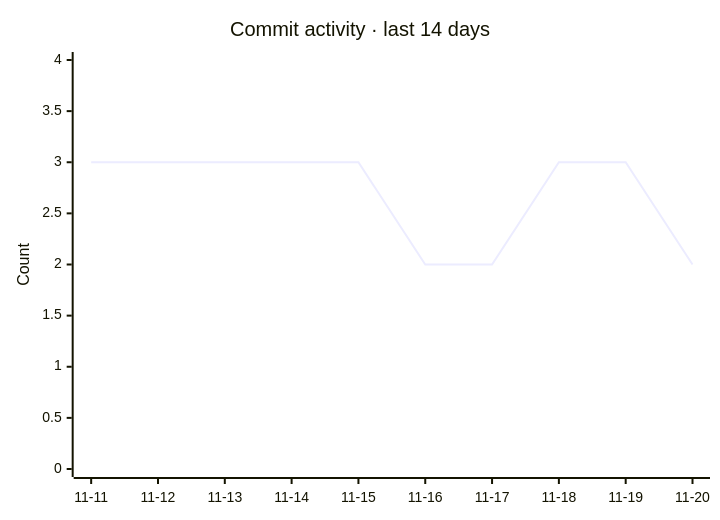
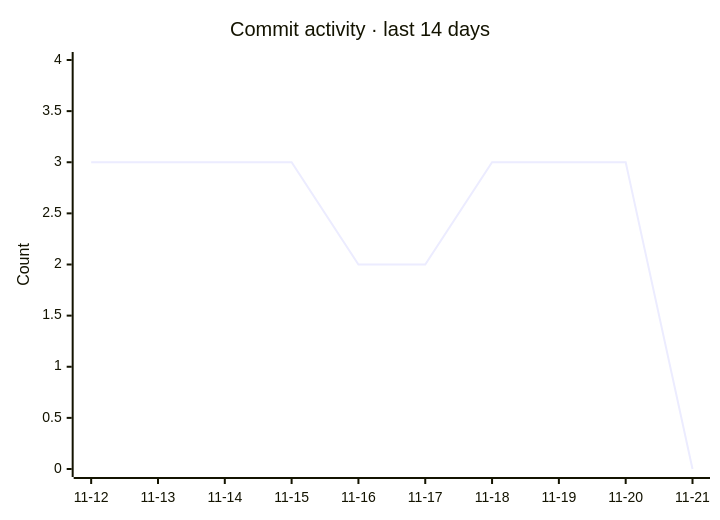
Before and after one commit to razzaqinspires/whiskay-bot: the second of 2 diagrams in README.md, drawn with Mermaid. The commit also changed other lines of this file and 2 other files, not shown here.

Commit message:
chore(metrics): refresh GitHub traffic and update timestamp [skip ci]

````diff
--- a/README.md
+++ b/README.md
@@ -329,7 +329,7 @@
 ```mermaid
 xychart-beta
     title "Commit activity · last 14 days"
-    x-axis ["11-11", "11-12", "11-13", "11-14", "11-15", "11-16", "11-17", "11-18", "11-19", "11-20"]
+    x-axis ["11-12", "11-13", "11-14", "11-15", "11-16", "11-17", "11-18", "11-19", "11-20", "11-21"]
     y-axis "Count" 0 --> 4
-    line [3, 3, 3, 3, 3, 2, 2, 3, 3, 2]
+    line [3, 3, 3, 3, 2, 2, 3, 3, 3, 0]
 ```
````
